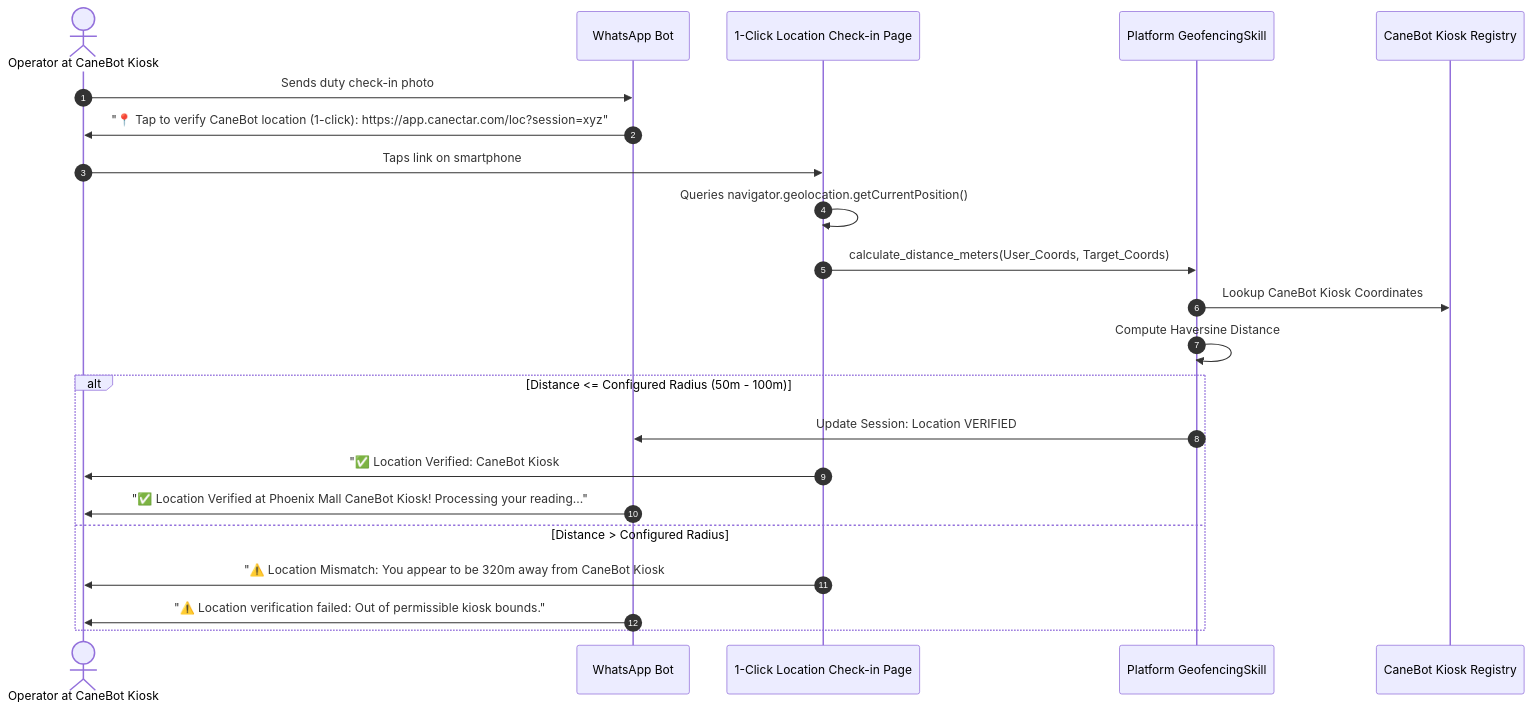
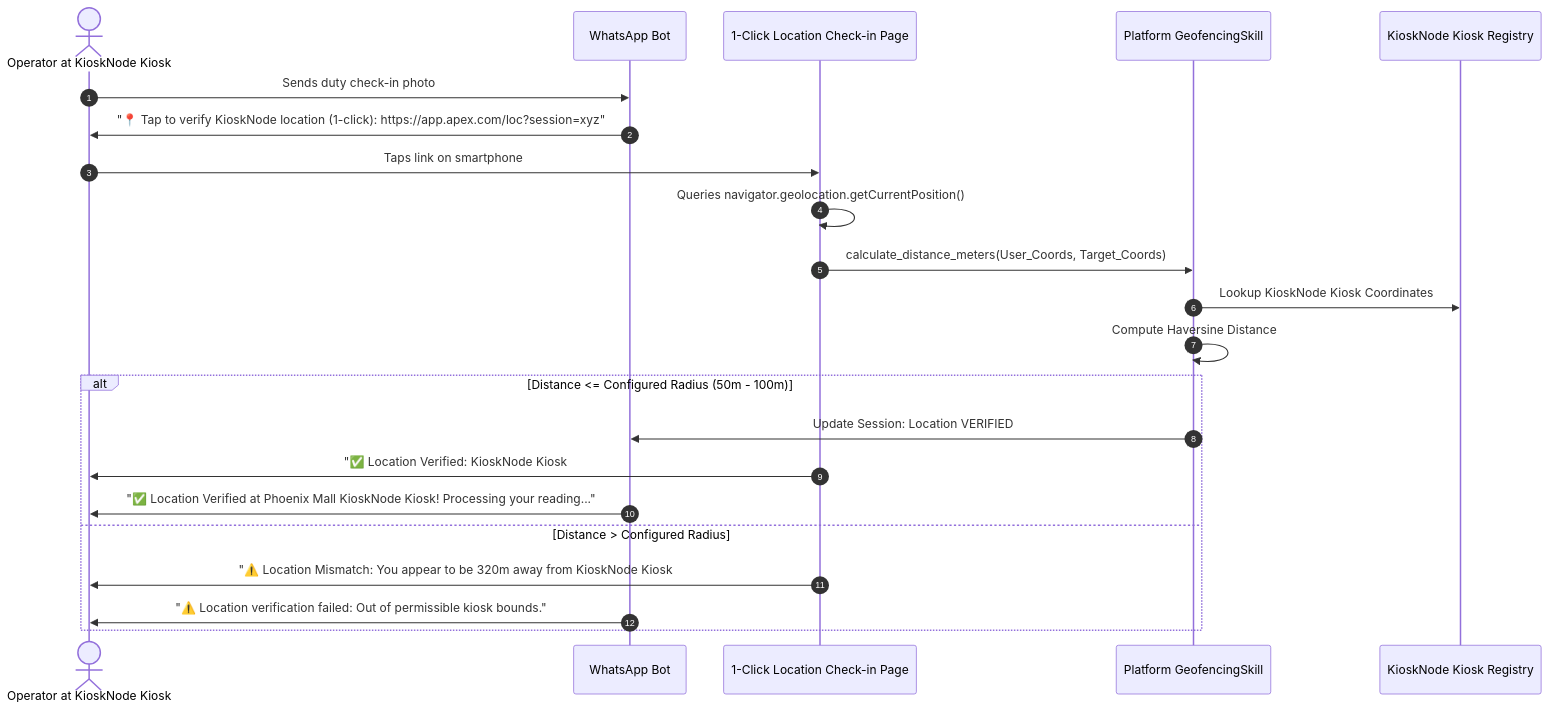
The first of 5 diagrams in plans/03_app_temperature_marker_v1.2.md (meetmahendra/Release100), drawn with Mermaid before and after one commit. The commit also changed other lines of this file and 41 other files, not shown here.

````diff
--- a/plans/03_app_temperature_marker_v1.2.md
+++ b/plans/03_app_temperature_marker_v1.2.md
@@ -99,26 +99,26 @@
 ```mermaid
 sequenceDiagram
     autonumber
-    actor Worker as Operator at CaneBot Kiosk
+    actor Worker as Operator at KioskNode Kiosk
     participant WA as WhatsApp Bot
     participant WebCheckin as 1-Click Location Check-in Page
     participant GeoSkill as Platform GeofencingSkill
-    participant DB as CaneBot Kiosk Registry
+    participant DB as KioskNode Kiosk Registry
 
     Worker->>WA: Sends duty check-in photo
-    WA->>Worker: "📍 Tap to verify CaneBot location (1-click): https://app.canectar.com/loc?session=xyz"
+    WA->>Worker: "📍 Tap to verify KioskNode location (1-click): https://app.apex.com/loc?session=xyz"
     Worker->>WebCheckin: Taps link on smartphone
     WebCheckin->>WebCheckin: Queries navigator.geolocation.getCurrentPosition()
     WebCheckin->>GeoSkill: calculate_distance_meters(User_Coords, Target_Coords)
-    GeoSkill->>DB: Lookup CaneBot Kiosk Coordinates
+    GeoSkill->>DB: Lookup KioskNode Kiosk Coordinates
     GeoSkill->>GeoSkill: Compute Haversine Distance
     
     alt Distance <= Configured Radius (50m - 100m)
         GeoSkill->>WA: Update Session: Location VERIFIED
-        WebCheckin->>Worker: "✅ Location Verified: CaneBot Kiosk #04 (Phoenix Mall). You may close this tab."
-        WA->>Worker: "✅ Location Verified at Phoenix Mall CaneBot Kiosk! Processing your reading..."
+        WebCheckin->>Worker: "✅ Location Verified: KioskNode Kiosk #04 (Phoenix Mall). You may close this tab."
+        WA->>Worker: "✅ Location Verified at Phoenix Mall KioskNode Kiosk! Processing your reading..."
     else Distance > Configured Radius
-        WebCheckin->>Worker: "⚠️ Location Mismatch: You appear to be 320m away from CaneBot Kiosk #04."
+        WebCheckin->>Worker: "⚠️ Location Mismatch: You appear to be 320m away from KioskNode Kiosk #04."
         WA->>Worker: "⚠️ Location verification failed: Out of permissible kiosk bounds."
     end
 ```
````
